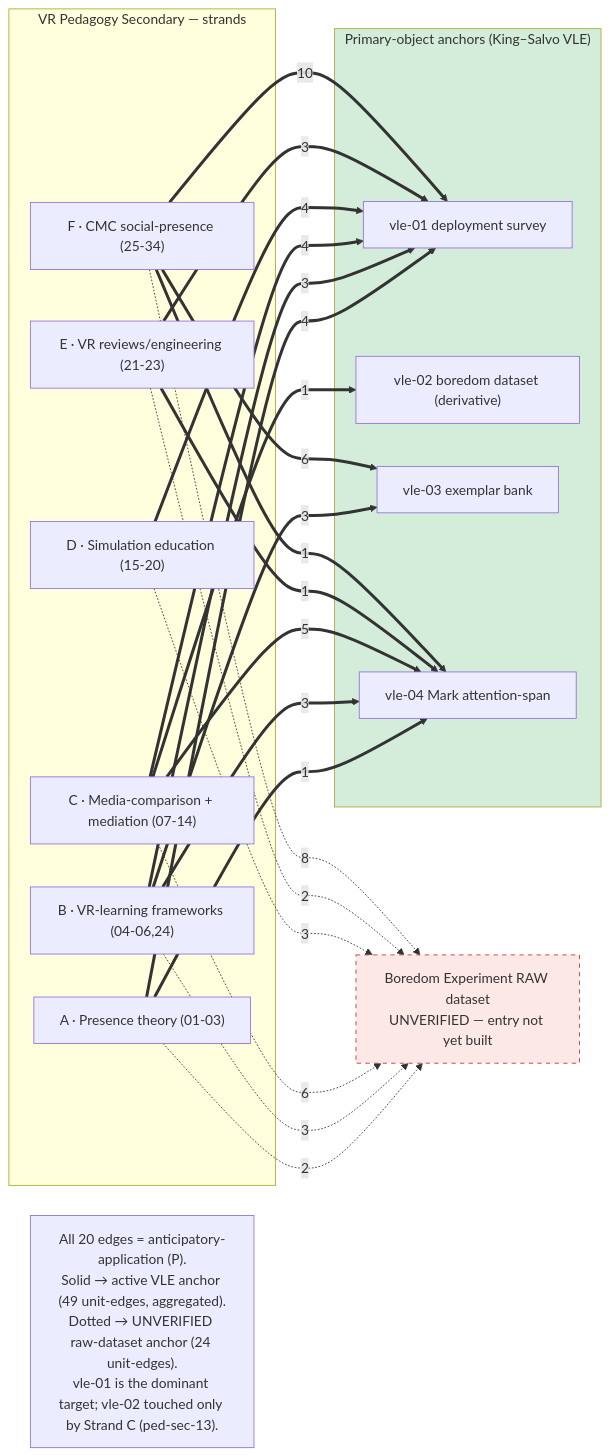
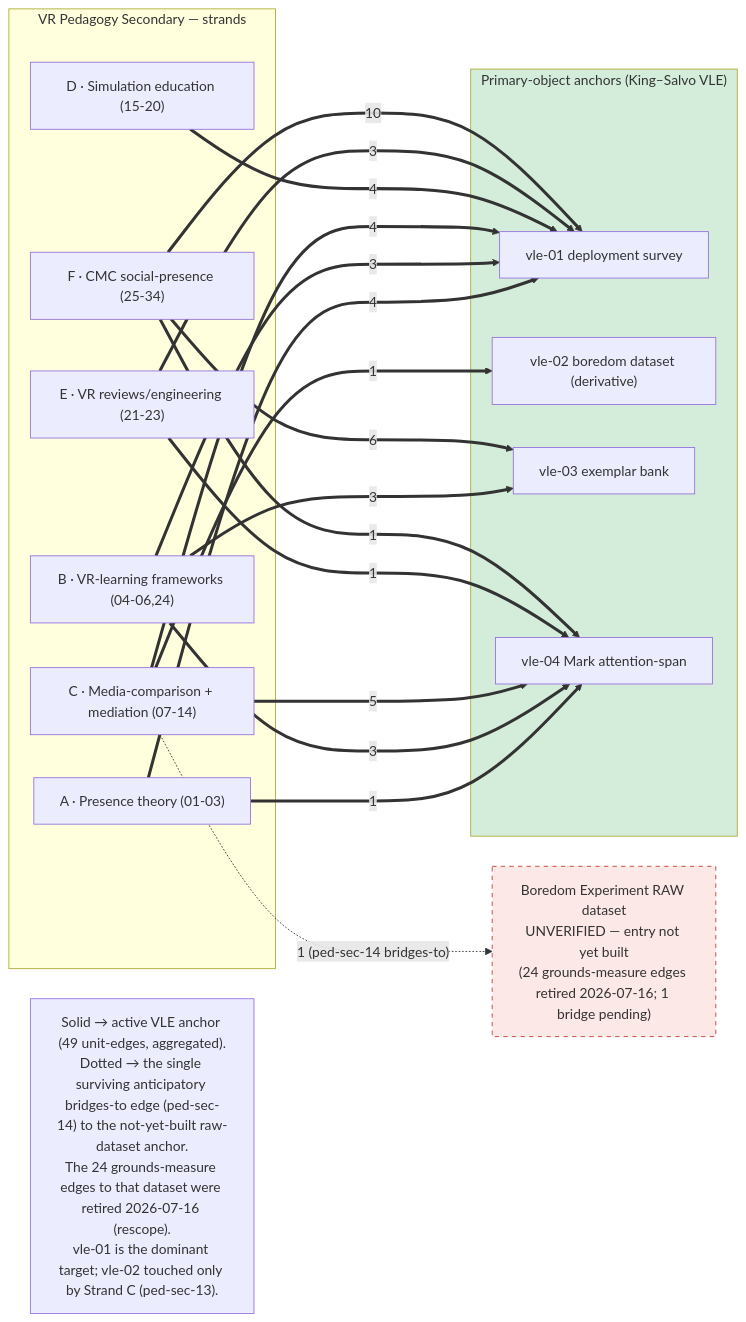
Before and after one commit to ProfessorVR/claudeflow-testing: the diagram in corpus/index/VR Pedagogy Secondary (Part III)/_synthesis/graph-cross-pipeline-bridge.mmd, drawn with Mermaid. The commit also changed 58 other files, not shown here.

```diff
--- a/corpus/index/VR Pedagogy Secondary (Part III)/_synthesis/graph-cross-pipeline-bridge.mmd
+++ b/corpus/index/VR Pedagogy Secondary (Part III)/_synthesis/graph-cross-pipeline-bridge.mmd
@@ -1,52 +1,49 @@
 %% Cross-pipeline bridge graph — VR Pedagogy Secondary (Part III)
 %% ALL edges are anticipatory-application (P): our interpretive links from this
 %% secondary cluster OUT to the dissertation's primary-object anchors. None is a
 %% claim the source literature makes. Aggregated at STRAND level (edge labels = #
 %% of unit-level bridge edges) to stay within the <=25-edge Phase-4 cap; the
 %% unit-level pointers live in bridge-sources/anchor-pointers.md.
-%% Solid = bridges-to-vle (active anchor). Dotted = grounds-measure to the
-%% UNVERIFIED Boredom-dataset anchor (entry not yet built, plan s9 decision 4).
+%% Solid = bridges-to-vle (active anchor). Dotted = the ONE surviving anticipatory
+%% bridges-to edge to the Boredom-dataset anchor (ped-sec-14; entry not yet built).
+%% The 24 grounds-measure edges to that dataset were RETIRED 2026-07-16 (rescope):
+%% the pedagogy cluster does not ground measures in the Boredom lab dataset.
 graph LR
     subgraph Cluster["VR Pedagogy Secondary — strands"]
         SA["A · Presence theory (01-03)"]
         SB["B · VR-learning frameworks (04-06,24)"]
         SC["C · Media-comparison + mediation (07-14)"]
         SD["D · Simulation education (15-20)"]
         SE["E · VR reviews/engineering (21-23)"]
         SF["F · CMC social-presence (25-34)"]
     end
 
     subgraph Anchors["Primary-object anchors (King–Salvo VLE)"]
         V1["vle-01 deployment survey"]
         V2["vle-02 boredom dataset (derivative)"]
         V3["vle-03 exemplar bank"]
         V4["vle-04 Mark attention-span"]
     end
 
-    DS["Boredom Experiment RAW dataset<br/>UNVERIFIED — entry not yet built"]
+    DS["Boredom Experiment RAW dataset<br/>UNVERIFIED — entry not yet built<br/>(24 grounds-measure edges retired 2026-07-16; 1 bridge pending)"]
 
     SA ==4==> V1
     SA ==1==> V4
     SB ==3==> V1
     SB ==3==> V3
     SB ==3==> V4
     SC ==4==> V1
     SC ==1==> V2
     SC ==5==> V4
     SD ==4==> V1
     SE ==3==> V1
     SE ==1==> V4
     SF ==10==> V1
     SF ==6==> V3
     SF ==1==> V4
 
-    SA -.2.-> DS
-    SB -.3.-> DS
-    SC -.6.-> DS
-    SD -.3.-> DS
-    SE -.2.-> DS
-    SF -.8.-> DS
+    SC -.1 (ped-sec-14 bridges-to).-> DS
 
     style DS fill:#fce8e6,stroke:#c0392b,stroke-dasharray: 5 5
     style Anchors fill:#d4edda
-    note1["All 20 edges = anticipatory-application (P).<br/>Solid → active VLE anchor (49 unit-edges, aggregated).<br/>Dotted → UNVERIFIED raw-dataset anchor (24 unit-edges).<br/>vle-01 is the dominant target; vle-02 touched only by Strand C (ped-sec-13)."]
+    note1["Solid → active VLE anchor (49 unit-edges, aggregated).<br/>Dotted → the single surviving anticipatory bridges-to edge (ped-sec-14) to the not-yet-built raw-dataset anchor.<br/>The 24 grounds-measure edges to that dataset were retired 2026-07-16 (rescope).<br/>vle-01 is the dominant target; vle-02 touched only by Strand C (ped-sec-13)."]
```
